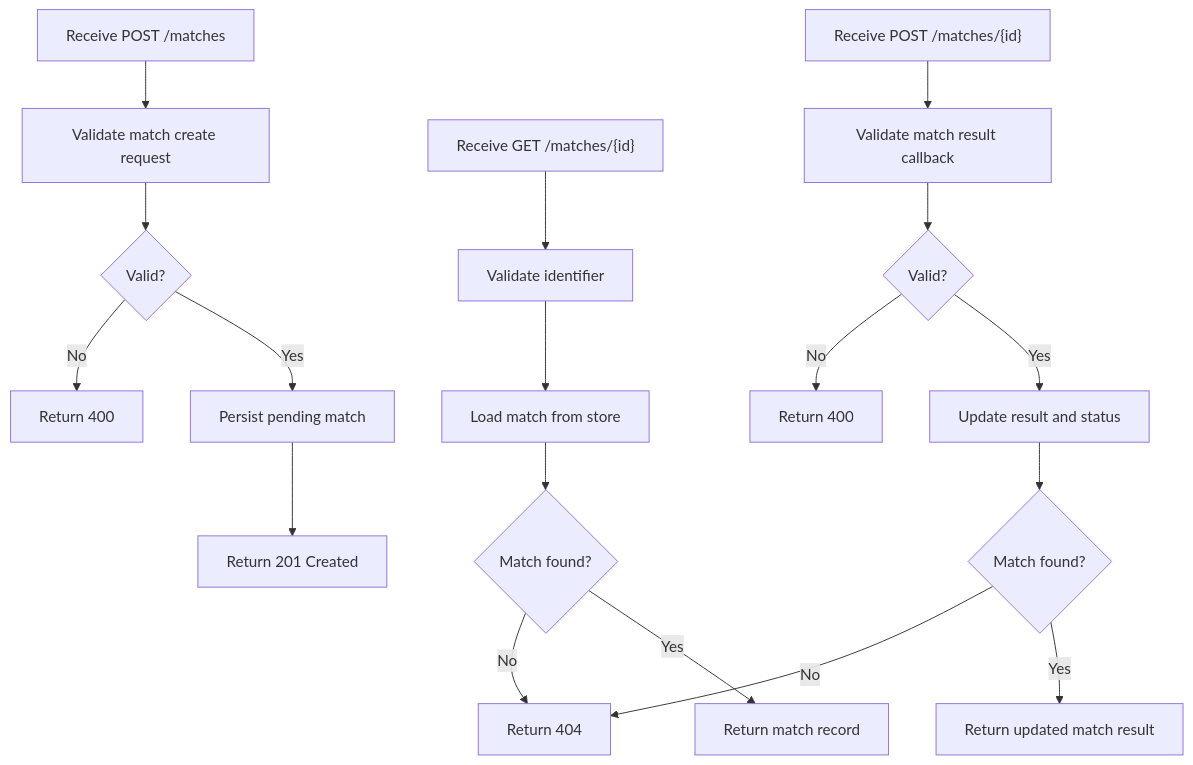
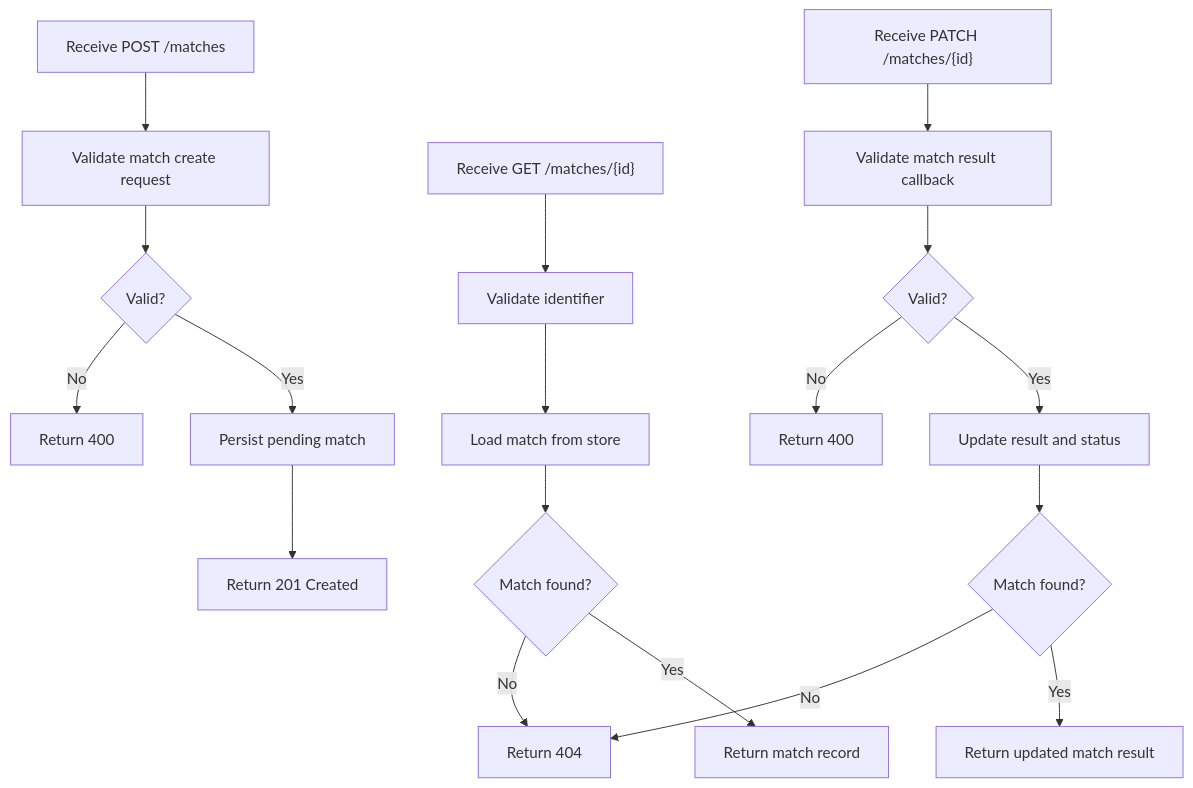
One commit to dpbL5/glicko2-matchmaking-system changed the fourth of 7 diagrams in docs/analysis-and-design.md. Above: the diagram before and after it, drawn with Mermaid. The commit also changed other lines of this file and 5 other files, not shown here.

````diff
--- a/docs/analysis-and-design.md
+++ b/docs/analysis-and-design.md
@@ -316,20 +316,20 @@
 ```mermaid
 flowchart TD
     A[Receive POST /matches] --> B[Validate match create request]
     B --> C{Valid?}
     C -->|No| D[Return 400]
     C -->|Yes| E[Persist pending match]
     E --> F[Return 201 Created]
     G["Receive GET /matches/{id}"] --> H[Validate identifier]
     H --> I[Load match from store]
     I --> J{Match found?}
     J -->|No| K[Return 404]
     J -->|Yes| L[Return match record]
-    M["Receive POST /matches/{id}"] --> N[Validate match result callback]
+    M["Receive PATCH /matches/{id}"] --> N[Validate match result callback]
     N --> O{Valid?}
     O -->|No| P[Return 400]
     O -->|Yes| Q[Update result and status]
     Q --> R{Match found?}
     R -->|No| K
     R -->|Yes| S[Return updated match result]
 ```
````
